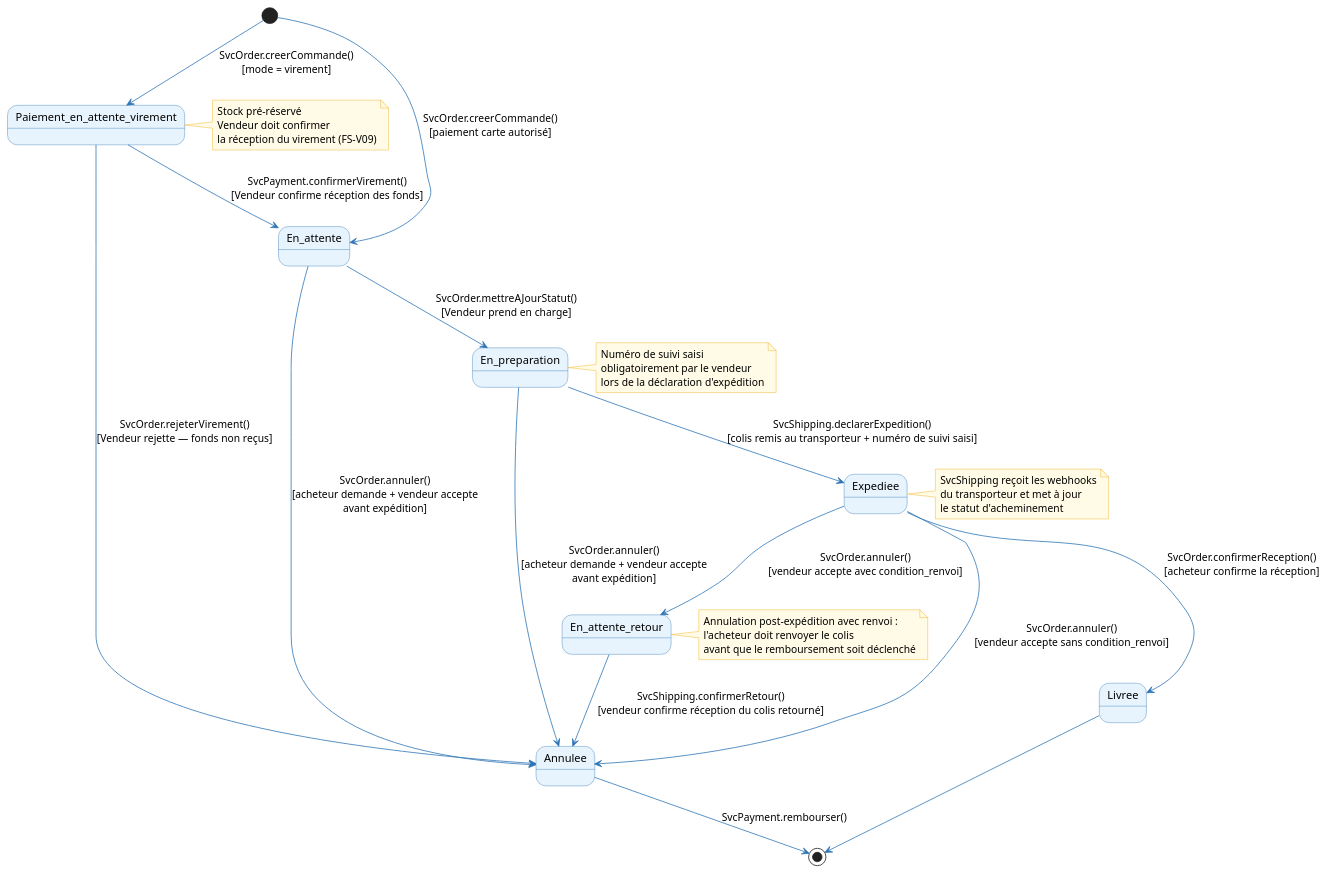
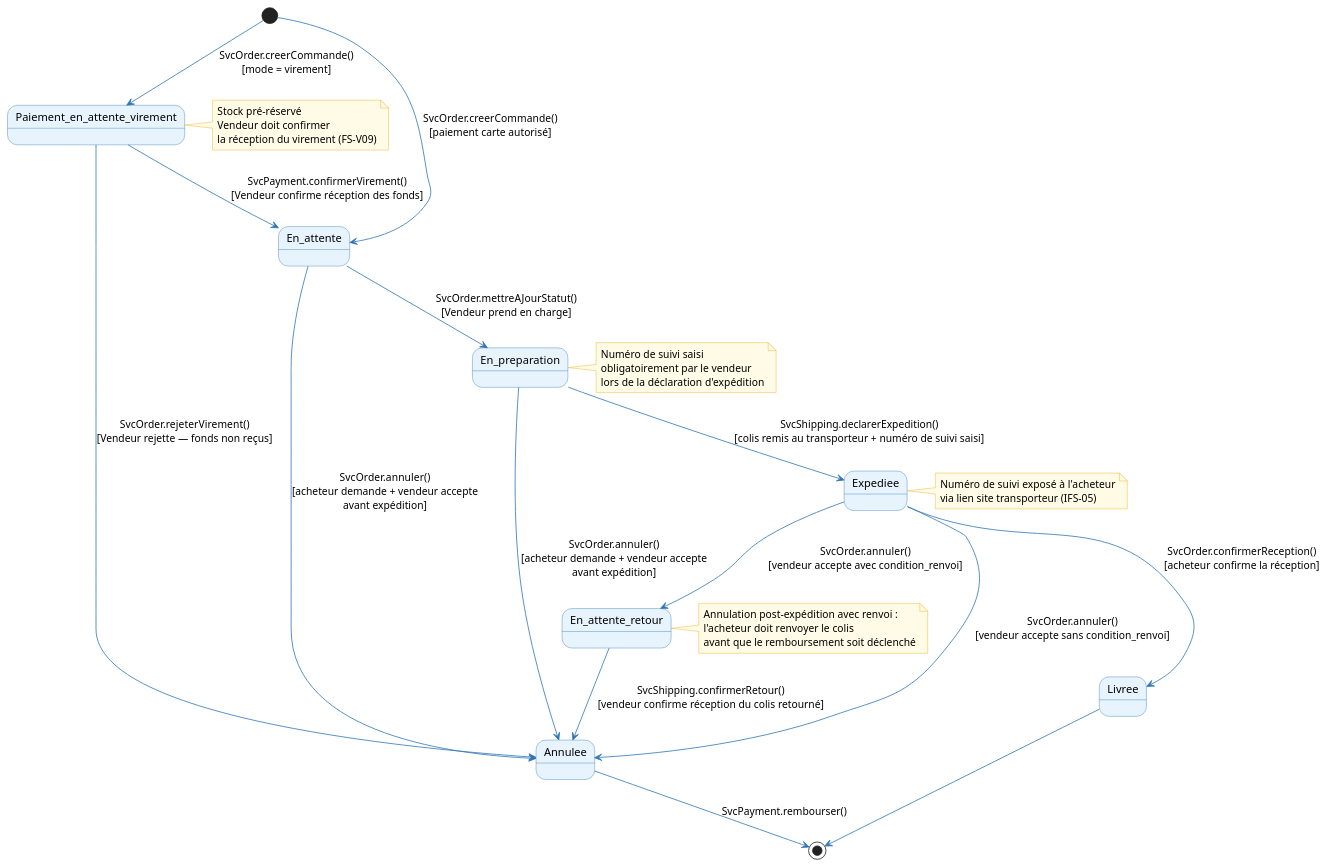
One commit to louistalvande/online_shop changed the fifth of 7 diagrams in architecture/03-logical-architecture/la.adoc. Above: the diagram before and after it, drawn with PlantUML. The commit also changed other lines of this file, not shown here.

```diff
--- a/architecture/03-logical-architecture/la.adoc
+++ b/architecture/03-logical-architecture/la.adoc
@@ -479,56 +472,55 @@
 [plantuml, la-states-commande, svg]
 ----
 skinparam stateBorderColor #2E75B6
 skinparam stateBackgroundColor #E8F4FD
 skinparam arrowColor #2E75B6
 skinparam noteBackgroundColor #FFFBE6
 skinparam noteBorderColor #F0A500
 
 [*] --> Paiement_en_attente_virement : SvcOrder.creerCommande()\n[mode = virement]
 [*] --> En_attente : SvcOrder.creerCommande()\n[paiement carte autorisé]
 
 Paiement_en_attente_virement --> En_attente : SvcPayment.confirmerVirement()\n[Vendeur confirme réception des fonds]
 Paiement_en_attente_virement --> Annulee : SvcOrder.rejeterVirement()\n[Vendeur rejette — fonds non reçus]
 
 En_attente --> En_preparation : SvcOrder.mettreAJourStatut()\n[Vendeur prend en charge]
 
 En_preparation --> Expediee : SvcShipping.declarerExpedition()\n[colis remis au transporteur + numéro de suivi saisi]
 
 Expediee --> Livree : SvcOrder.confirmerReception()\n[acheteur confirme la réception]
 
 Livree --> [*]
 
 En_attente --> Annulee : SvcOrder.annuler()\n[acheteur demande + vendeur accepte\navant expédition]
 En_preparation --> Annulee : SvcOrder.annuler()\n[acheteur demande + vendeur accepte\navant expédition]
 
 Expediee --> En_attente_retour : SvcOrder.annuler()\n[vendeur accepte avec condition_renvoi]
 Expediee --> Annulee : SvcOrder.annuler()\n[vendeur accepte sans condition_renvoi]
 
 En_attente_retour --> Annulee : SvcShipping.confirmerRetour()\n[vendeur confirme réception du colis retourné]
 
 Annulee --> [*] : SvcPayment.rembourser()
 
 note right of Paiement_en_attente_virement
   Stock pré-réservé
   Vendeur doit confirmer
   la réception du virement (FS-V09)
 end note
 
 note right of En_preparation
   Numéro de suivi saisi
   obligatoirement par le vendeur
   lors de la déclaration d'expédition
 end note
 
 note right of En_attente_retour
   Annulation post-expédition avec renvoi :
   l'acheteur doit renvoyer le colis
   avant que le remboursement soit déclenché
 end note
 
 note right of Expediee
-  SvcShipping reçoit les webhooks
-  du transporteur et met à jour
-  le statut d'acheminement
+  Numéro de suivi exposé à l'acheteur
+  via lien site transporteur (IFS-05)
 end note
 ----
```
